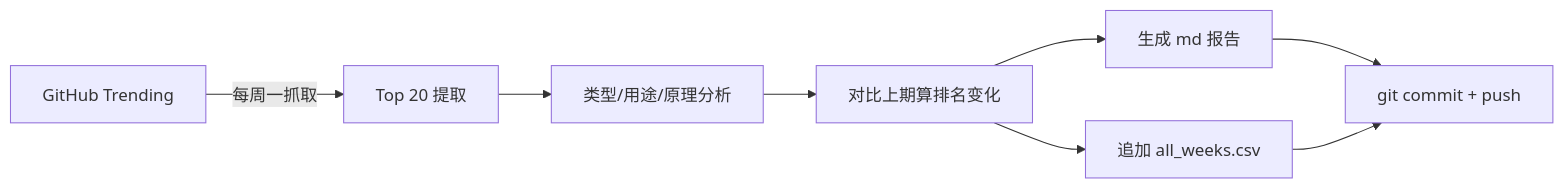
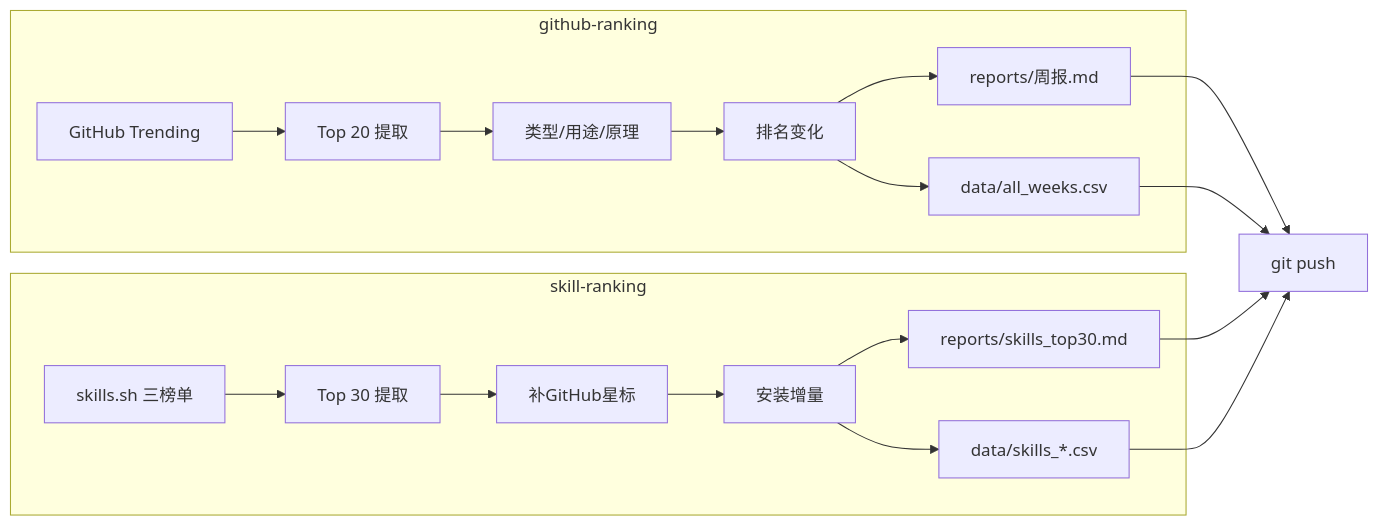
The diagram in README.md (shouyuandong/oss-radar), drawn with Mermaid before and after one commit. The commit also changed other lines of this file, not shown here.

Commit message:
docs: README 同步当前结构——双skill+数据分离+skills.sh数据源

````diff
--- a/README.md
+++ b/README.md
@@ -96,10 +135,21 @@
 ```mermaid
 flowchart LR
-    A[GitHub Trending] -->|每周一抓取| B[Top 20 提取]
-    B --> C[类型/用途/原理分析]
-    C --> D[对比上期算排名变化]
-    D --> E[生成 md 报告]
-    D --> F[追加 all_weeks.csv]
-    E --> G[git commit + push]
-    F --> G
+    subgraph github-ranking
+        A[GitHub Trending] --> B[Top 20 提取]
+        B --> C[类型/用途/原理]
+        C --> D[排名变化]
+        D --> E[reports/周报.md]
+        D --> F[data/all_weeks.csv]
+    end
+    subgraph skill-ranking
+        G[skills.sh 三榜单] --> H[Top 30 提取]
+        H --> I[补GitHub星标]
+        I --> J[安装增量]
+        J --> K[reports/skills_top30.md]
+        J --> L[data/skills_*.csv]
+    end
+    E --> M[git push]
+    F --> M
+    K --> M
+    L --> M
 ```
````
